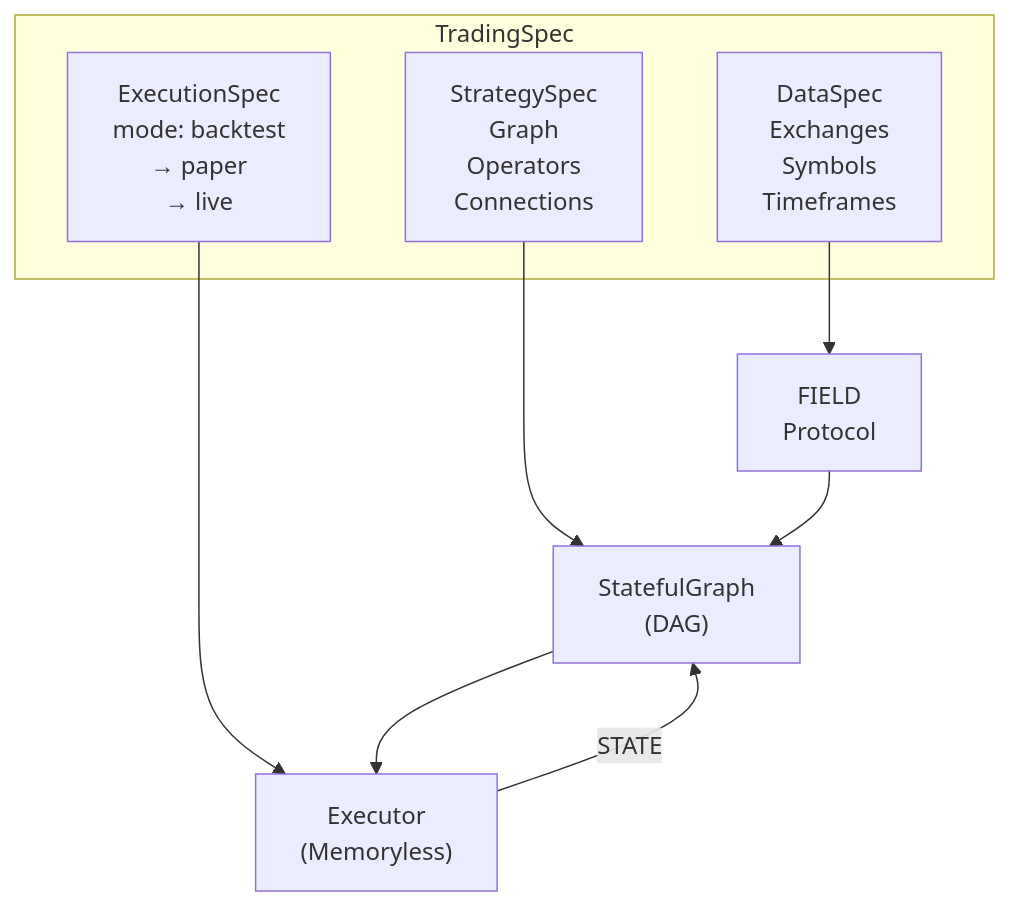
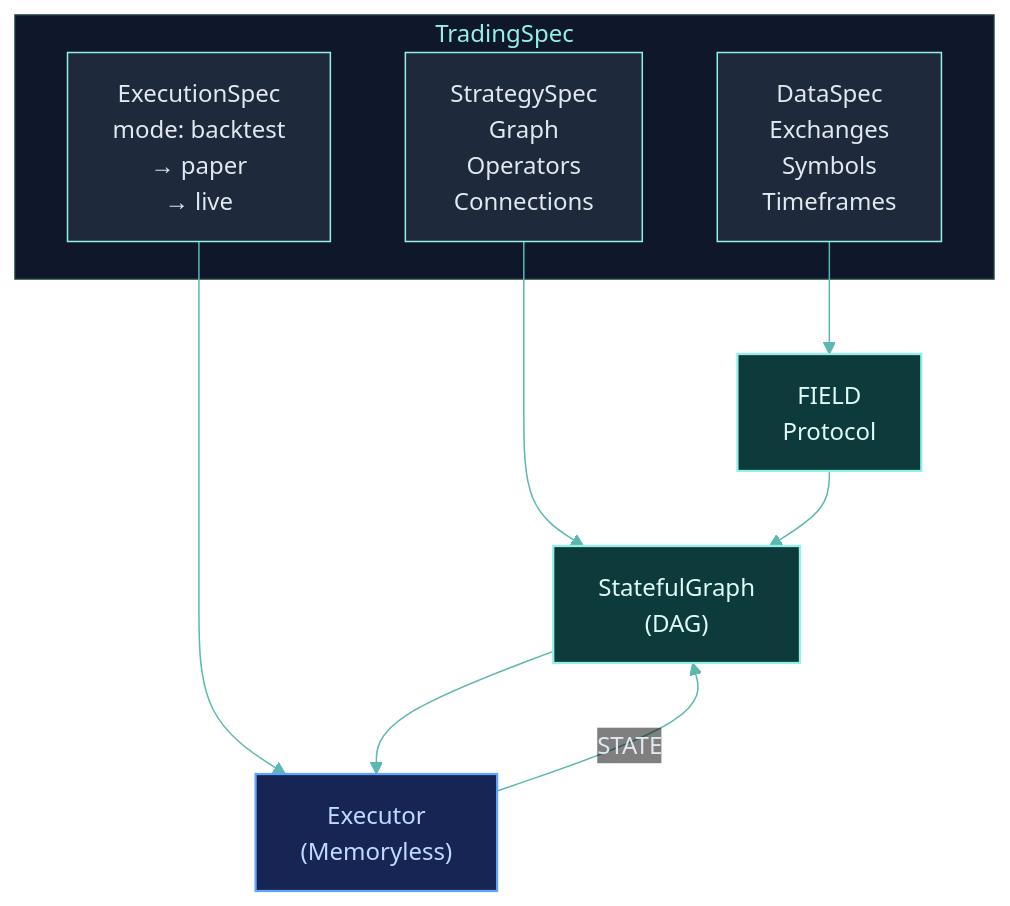
Before and after one commit to Clypt/docs: the second of 2 diagrams in competitive/why-clyptq.mdx, drawn with Mermaid. The commit also changed other lines of this file and 73 other files, not shown here.

````diff
--- a/competitive/why-clyptq.mdx
+++ b/competitive/why-clyptq.mdx
@@ -150,14 +151,19 @@
 ```mermaid
+%%{init: {'theme': 'base', 'themeVariables': { 'primaryColor': '#1e293b', 'primaryTextColor': '#e2e8f0', 'primaryBorderColor': '#94F1E8', 'lineColor': '#5bb8b0', 'clusterBkg': '#0f172a', 'clusterBorder': '#1e3a3a', 'titleColor': '#94F1E8', 'edgeLabelBackground': 'transparent' }}}%%
 flowchart TB
+    classDef source fill:#0d3b3b,stroke:#94F1E8,stroke-width:1.5px,color:#e0faf7
+    classDef action fill:#172554,stroke:#60a5fa,stroke-width:1.5px,color:#bfdbfe
     subgraph TS["TradingSpec"]
         DS["DataSpec<br>Exchanges<br>Symbols<br>Timeframes"]
         SS["StrategySpec<br>Graph<br>Operators<br>Connections"]
         XS["ExecutionSpec<br>mode: backtest<br>→ paper<br>→ live"]
     end
     DS --> FP["FIELD<br>Protocol"]
     SS --> SG["StatefulGraph<br>(DAG)"]
     XS --> EX["Executor<br>(Memoryless)"]
     FP --> SG
     SG --> EX
     EX -- "STATE" --> SG
+    class FP,SG source
+    class EX action
 ```
````
